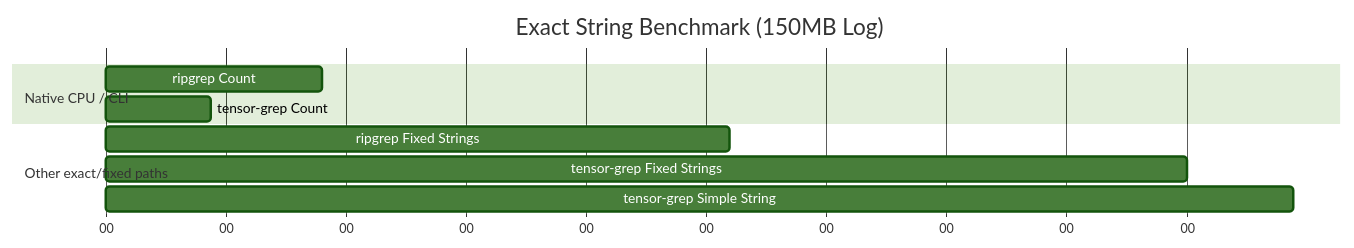
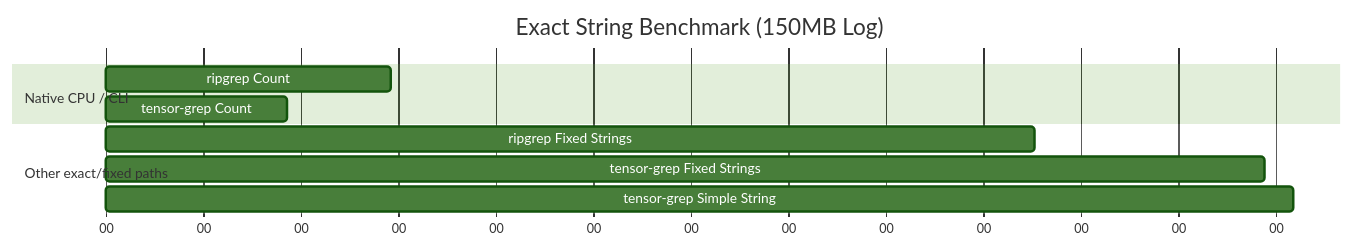
Before and after one commit to oimiragieo/tensor-grep: the third of 3 diagrams in docs/PAPER.md, drawn with Mermaid (forest theme). The commit also changed other lines of this file and 10 other files, not shown here.

````diff
--- a/docs/PAPER.md
+++ b/docs/PAPER.md
@@ -127,15 +127,15 @@
 ```mermaid
 gantt
     title Exact String Benchmark (150MB Log)
     dateFormat  s
     axisFormat %S
     
     section Native CPU / CLI
-    ripgrep Count              :a1, 0, 0.180s
-    tensor-grep Count          :a2, 0, 0.087s
+    ripgrep Count              :a1, 0, 0.146s
+    tensor-grep Count          :a2, 0, 0.093s
     
     section Other exact/fixed paths
-    ripgrep Fixed Strings      :a3, 0, 0.520s
-    tensor-grep Fixed Strings  :a4, 0, 0.900s
-    tensor-grep Simple String  :a5, 0, 0.989s
+    ripgrep Fixed Strings      :a3, 0, 0.476s
+    tensor-grep Fixed Strings  :a4, 0, 0.594s
+    tensor-grep Simple String  :a5, 0, 0.609s
 ```
````
